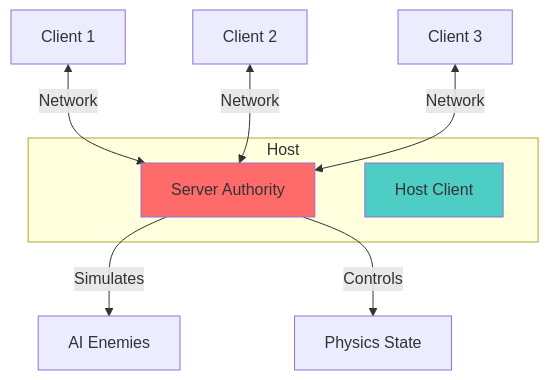
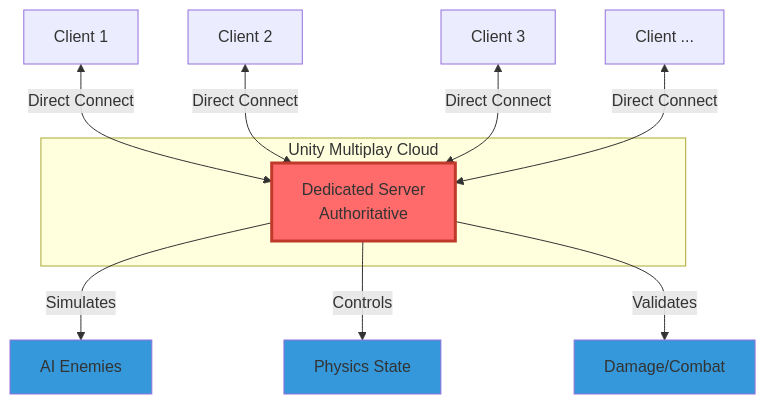
One commit to gbradburn/3D-Space-Shooter-Tutorial changed the second of 9 diagrams in multiplayer-migration.md. Above: the diagram before and after it, drawn with Mermaid. The commit also changed other lines of this file and 6 other files, not shown here.

First line of the commit message:
Add multiplayer migration documentation for dedicated server

````diff
--- a/multiplayer-migration.md
+++ b/multiplayer-migration.md
@@ -127,17 +136,20 @@
 ```mermaid
 graph TB
-    subgraph Host
-        HS[Server Authority]
-        HC[Host Client]
+    subgraph Unity Multiplay Cloud
+        DS[Dedicated Server<br/>Authoritative]
     end
     
-    C1[Client 1] <-->|Network| HS
-    C2[Client 2] <-->|Network| HS
-    C3[Client 3] <-->|Network| HS
+    C1[Client 1] <-->|Direct Connect| DS
+    C2[Client 2] <-->|Direct Connect| DS
+    C3[Client 3] <-->|Direct Connect| DS
+    C4[Client ...] <-->|Direct Connect| DS
     
-    HS -->|Simulates| AI[AI Enemies]
-    HS -->|Controls| Physics[Physics State]
+    DS -->|Simulates| AI[AI Enemies]
+    DS -->|Controls| Physics[Physics State]
+    DS -->|Validates| Combat[Damage/Combat]
     
-    style HS fill:#ff6b6b
-    style HC fill:#4ecdc4
+    style DS fill:#ff6b6b,stroke:#c0392b,stroke-width:3px
+    style AI fill:#3498db
+    style Physics fill:#3498db
+    style Combat fill:#3498db
 ```
````
